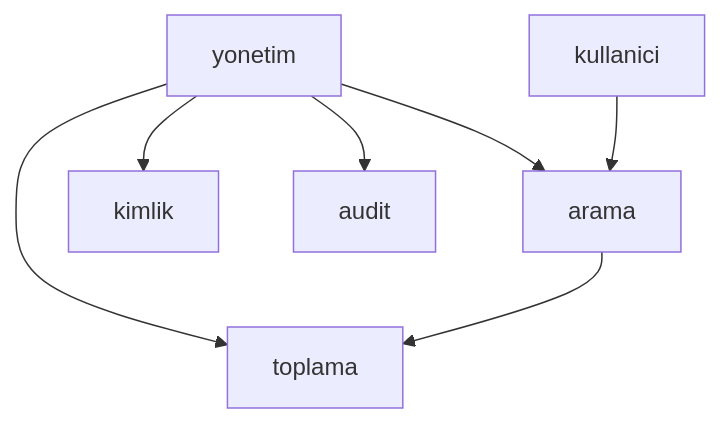
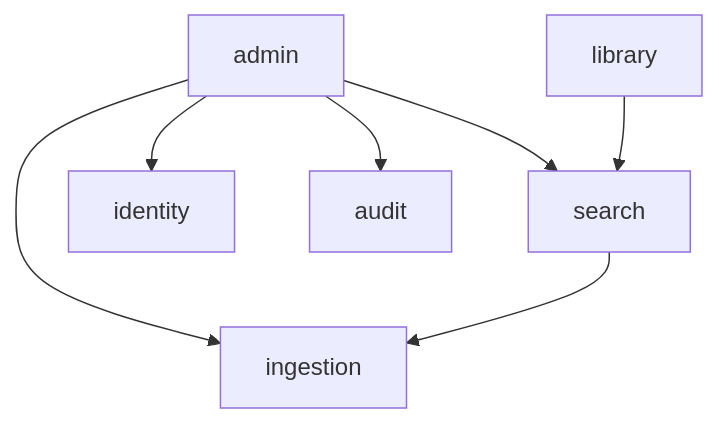
Before and after one commit to FallErdem/haber-arama-platformu: the third of 8 diagrams in docs/04-mimari.md, drawn with Mermaid. The commit also changed other lines of this file and 6 other files, not shown here.

````diff
--- a/docs/04-mimari.md
+++ b/docs/04-mimari.md
@@ -105,16 +108,16 @@
 ```mermaid
 flowchart TD
-    yonetim["yonetim"]
-    kullanici["kullanici"]
-    arama["arama"]
-    toplama["toplama"]
-    kimlik["kimlik"]
+    admin["admin"]
+    library["library"]
+    search["search"]
+    ingestion["ingestion"]
+    identity["identity"]
     audit["audit"]
 
-    yonetim --> kimlik
-    yonetim --> toplama
-    yonetim --> arama
-    yonetim --> audit
-    kullanici --> arama
-    arama --> toplama
+    admin --> identity
+    admin --> ingestion
+    admin --> search
+    admin --> audit
+    library --> search
+    search --> ingestion
 ```
````
